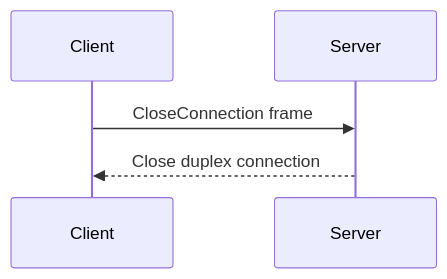
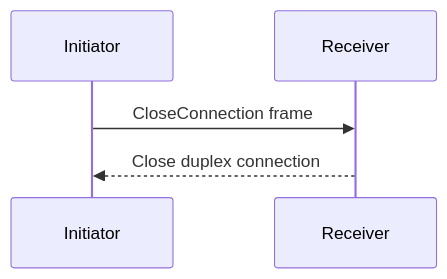
One commit to icerpc/icerpc-docs changed the diagram in content/icerpc/ice-protocol/connection-shutdown.md. Above: the diagram before and after it, drawn with Mermaid. The commit also changed other lines of this file, not shown here.

First line of the commit message:
Describe the ice connection shutdown with an initiator and a receiver

````diff
--- a/content/icerpc/ice-protocol/connection-shutdown.md
+++ b/content/icerpc/ice-protocol/connection-shutdown.md
@@ -29,5 +33,5 @@
 ```mermaid
 sequenceDiagram
-    Client->>Server: CloseConnection frame
-    Server-->>Client: Close duplex connection
+    Initiator->>Receiver: CloseConnection frame
+    Receiver-->>Initiator: Close duplex connection
 ```
````
